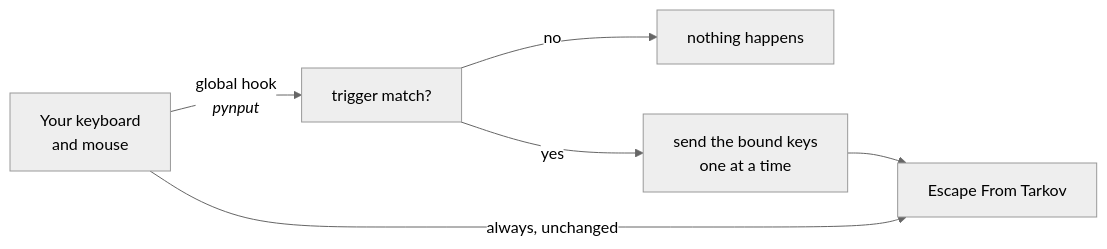
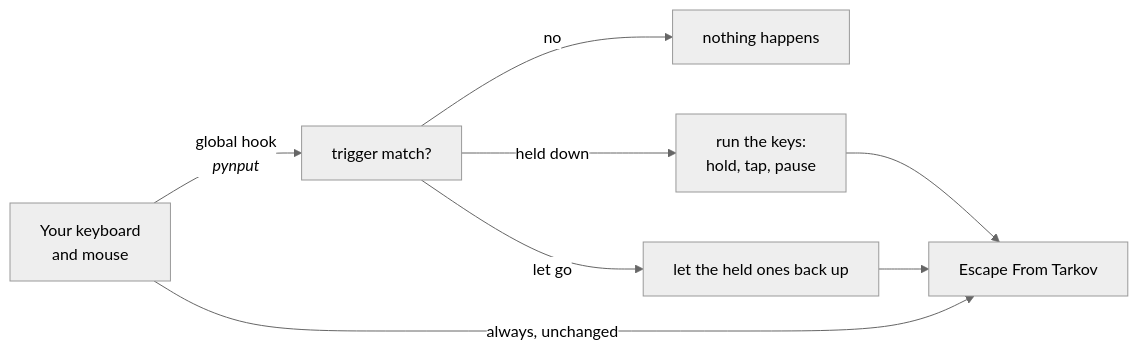
One commit to matthewmiglio/PyTarkBuddy changed the second of 2 diagrams in README.md. Above: the diagram before and after it, drawn with Mermaid (neutral theme). The commit also changed other lines of this file and 2 other files, not shown here.

First line of the commit message:
Hold, tap or pause each key in a macro

````diff
--- a/README.md
+++ b/README.md
@@ -46,8 +51,10 @@
 ```mermaid
 flowchart LR
     K["Your keyboard<br/>and mouse"] -->|global hook<br/><i>pynput</i>| M["trigger match?"]
     M -->|no| P["nothing happens"]
-    M -->|yes| S["send the bound keys<br/>one at a time"]
+    M -->|held down| S["run the keys:<br/>hold, tap, pause"]
+    M -->|let go| R["let the held ones back up"]
     S --> W["Escape From Tarkov"]
+    R --> W
     K -->|always, unchanged| W
 ```
````
